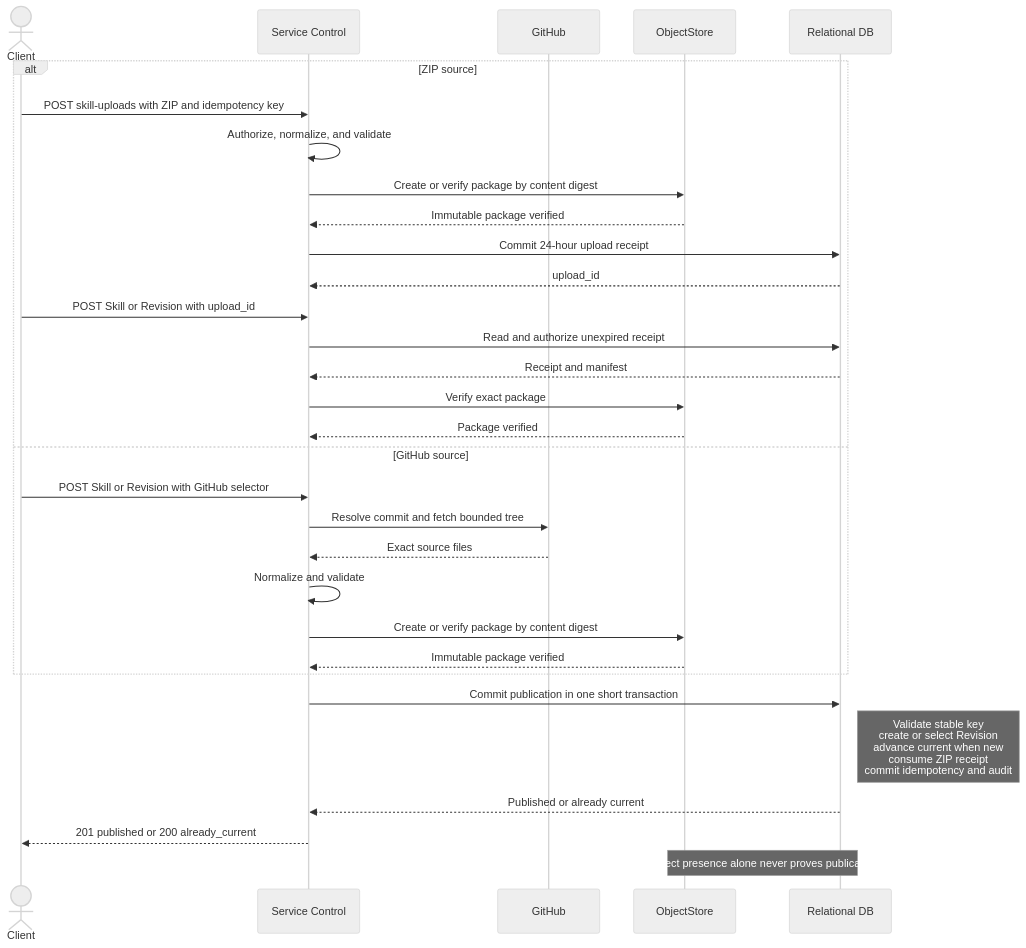
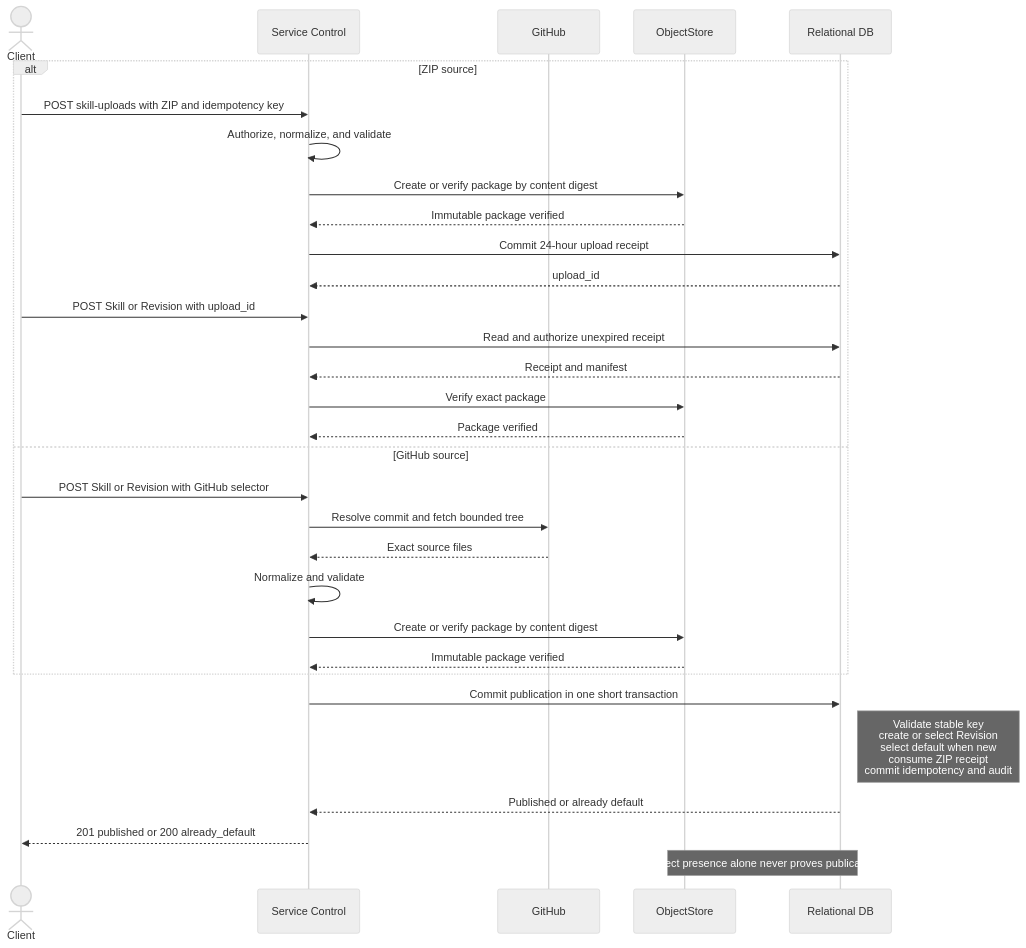
Before and after one commit to LTThreeComma/agent-foundation: the diagram in spec/a13n-service/31-skill-management.md, drawn with Mermaid (neutral theme). The commit also changed other lines of this file and 55 other files, not shown here.

First line of the commit message:
feat(service)!: select default Skill and Environment Template revisions without publishing (#585)

````diff
--- a/spec/a13n-service/31-skill-management.md
+++ b/spec/a13n-service/31-skill-management.md
@@ -268,36 +278,36 @@
 ```mermaid
 sequenceDiagram
     actor Client
     participant Control as Service Control
     participant GitHub
     participant Objects as ObjectStore
     participant DB as Relational DB
 
     alt ZIP source
         Client->>Control: POST skill-uploads with ZIP and idempotency key
         Control->>Control: Authorize, normalize, and validate
         Control->>Objects: Create or verify package by content digest
         Objects-->>Control: Immutable package verified
         Control->>DB: Commit 24-hour upload receipt
         DB-->>Control: upload_id
         Client->>Control: POST Skill or Revision with upload_id
         Control->>DB: Read and authorize unexpired receipt
         DB-->>Control: Receipt and manifest
         Control->>Objects: Verify exact package
         Objects-->>Control: Package verified
     else GitHub source
         Client->>Control: POST Skill or Revision with GitHub selector
         Control->>GitHub: Resolve commit and fetch bounded tree
         GitHub-->>Control: Exact source files
         Control->>Control: Normalize and validate
         Control->>Objects: Create or verify package by content digest
         Objects-->>Control: Immutable package verified
     end
 
     Control->>DB: Commit publication in one short transaction
-    Note right of DB: Validate stable key<br/>create or select Revision<br/>advance current when new<br/>consume ZIP receipt<br/>commit idempotency and audit
-    DB-->>Control: Published or already current
-    Control-->>Client: 201 published or 200 already_current
+    Note right of DB: Validate stable key<br/>create or select Revision<br/>select default when new<br/>consume ZIP receipt<br/>commit idempotency and audit
+    DB-->>Control: Published or already default
+    Control-->>Client: 201 published or 200 already_default
 
     Note over Objects,DB: Object presence alone never proves publication
 ```
````
